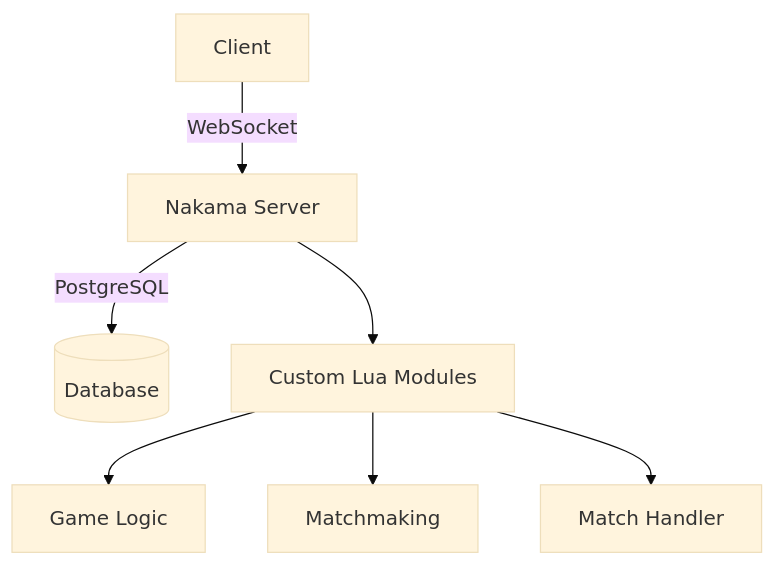
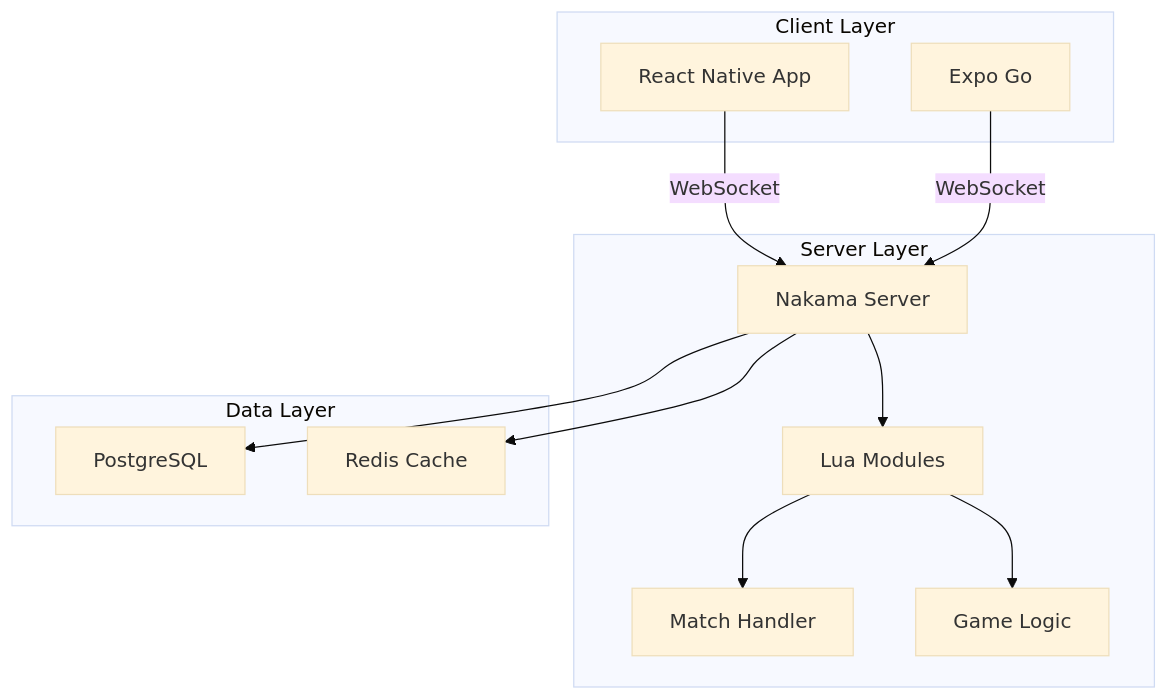
Before and after one commit to AbhishekSingh2002/tic-tac-toe-multiplayer: the first of 2 diagrams in README.md, drawn with Mermaid (base theme). The commit also changed other lines of this file and 17 other files, not shown here.

````diff
--- a/README.md
+++ b/README.md
@@ -16,9 +133,27 @@
 ```mermaid
-graph TD
-    A[Client] -->|WebSocket| B[Nakama Server]
-    B -->|PostgreSQL| C[(Database)]
-    B --> D[Custom Lua Modules]
-    D --> E[Game Logic]
-    D --> F[Matchmaking]
-    D --> G[Match Handler]
+graph TB
+    subgraph "Client Layer"
+        A[React Native App]
+        B[Expo Go]
+    end
+    
+    subgraph "Server Layer"
+        C[Nakama Server]
+        D[Lua Modules]
+        E[Match Handler]
+        F[Game Logic]
+    end
+    
+    subgraph "Data Layer"
+        G[PostgreSQL]
+        H[Redis Cache]
+    end
+    
+    A -->|WebSocket| C
+    B -->|WebSocket| C
+    C --> D
+    D --> E
+    D --> F
+    C --> G
+    C --> H
 ```
````
